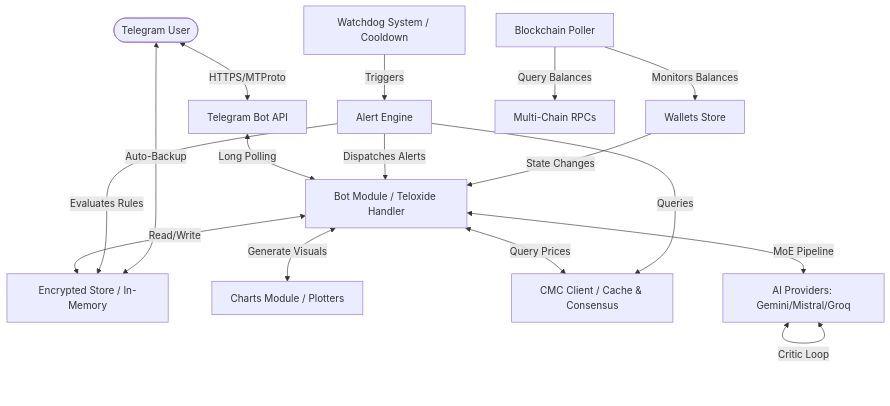
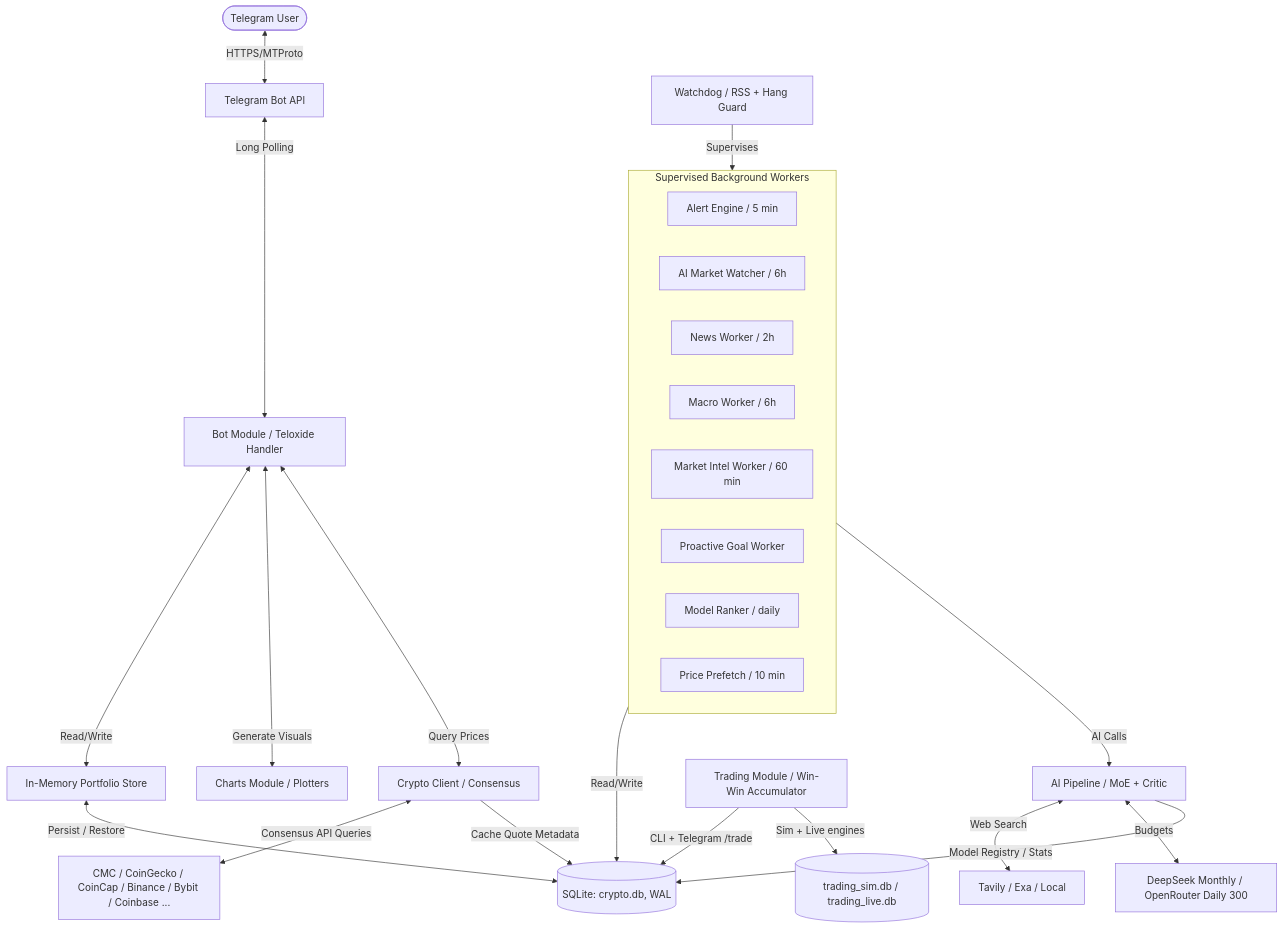
The diagram in docs/architecture.md (Envel-Nikita-Gutsenkov/CryptographBot), drawn with Mermaid before and after one commit. The commit also changed other lines of this file and 163 other files, not shown here.

````diff
--- a/docs/architecture.md
+++ b/docs/architecture.md
@@ -8,18 +14,29 @@
 ```mermaid
 graph TD
     User([Telegram User]) <-->|HTTPS/MTProto| Telegram[Telegram Bot API]
     Telegram <-->|Long Polling| Bot[Bot Module / Teloxide Handler]
-    Bot <-->|Read/Write| Store[Encrypted Store / In-Memory]
-    Store <-->|Auto-Backup| User
+    Bot <-->|Read/Write| Store[In-Memory Portfolio Store]
+    Store <-->|Persist / Restore| Sqlite[(SQLite: crypto.db, WAL)]
     Bot <-->|Generate Visuals| Charts[Charts Module / Plotters]
-    Bot <-->|Query Prices| CMC[CMC Client / Cache & Consensus]
-    Watchdog[Watchdog System / Cooldown] -->|Triggers| AlertEngine[Alert Engine]
-    AlertEngine -->|Queries| CMC
-    AlertEngine -->|Evaluates Rules| Store
-    AlertEngine -->|Dispatches Alerts| Bot
-    Blockchain[Blockchain Poller] -->|Monitors Balances| WalletStore[Wallets Store]
-    Blockchain -->|Query Balances| PublicRPC[Multi-Chain RPCs]
-    WalletStore -->|State Changes| Bot
-    Bot <-->|MoE Pipeline| AIProviders[AI Providers: Gemini/Mistral/Groq]
-    AIProviders <-->|Critic Loop| AIProviders
+    Bot <-->|Query Prices| Crypto[Crypto Client / Consensus]
+    Crypto <-->|Consensus API Queries| Providers[CMC / CoinGecko / CoinCap / Binance / Bybit / Coinbase ...]
+    Crypto -->|Cache Quote Metadata| Sqlite
+    Watchdog[Watchdog / RSS + Hang Guard] -->|Supervises| Workers
+    subgraph Workers[Supervised Background Workers]
+        AlertEngine[Alert Engine / 5 min]
+        Watcher[AI Market Watcher / 6h]
+        NewsWorker[News Worker / 2h]
+        MacroWorker[Macro Worker / 6h]
+        IntelWorker[Market Intel Worker / 60 min]
+        Proactive[Proactive Goal Worker]
+        Ranker[Model Ranker / daily]
+        Prefetch[Price Prefetch / 10 min]
+    end
+    Workers -->|Read/Write| Sqlite
+    Workers -->|AI Calls| AI[AI Pipeline / MoE + Critic]
+    AI <-->|Web Search| Search[Tavily / Exa / Local]
+    AI <-->|Budgets| Budgets[DeepSeek Monthly / OpenRouter Daily 300]
+    Trading[Trading Module / Win-Win Accumulator] -->|CLI + Telegram /trade| Sqlite
+    Trading -->|Sim + Live engines| TradingDb[(trading_sim.db / trading_live.db)]
+    AI -->|Model Registry / Stats| Sqlite
 ```
````
